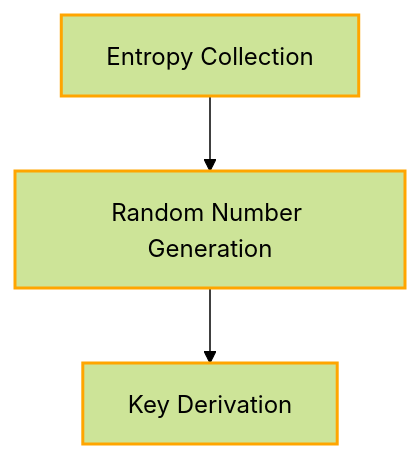
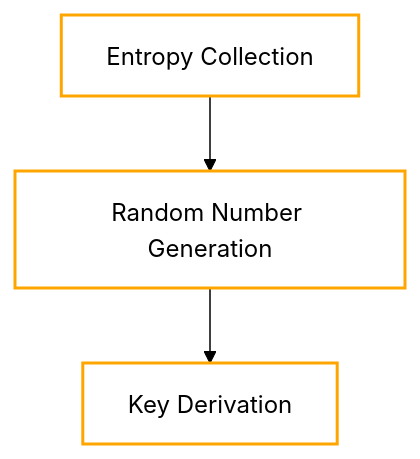
Before and after one commit to oxarbitrage/my-first-zcash-chapter-7: the first of 3 diagrams in transparent.md, drawn with Mermaid (forest theme). The commit also changed other lines of this file and 5 other files, not shown here.

````diff
--- a/transparent.md
+++ b/transparent.md
@@ -23,10 +23,13 @@
 ```mermaid
 graph TD;
     a[Entropy Collection] --> b[Random Number Generation];
     b --> c[Key Derivation];
 
     style a stroke:#FFA500,stroke-width:2px;
     style b stroke:#FFA500,stroke-width:2px;
     style c stroke:#FFA500,stroke-width:2px;
 
+    style a fill: #fff,stroke:#FFA500,stroke-width:2px;
+    style b fill: #fff,stroke:#FFA500,stroke-width:2px;
+    style c fill: #fff,stroke:#FFA500,stroke-width:2px;
 ```
````
